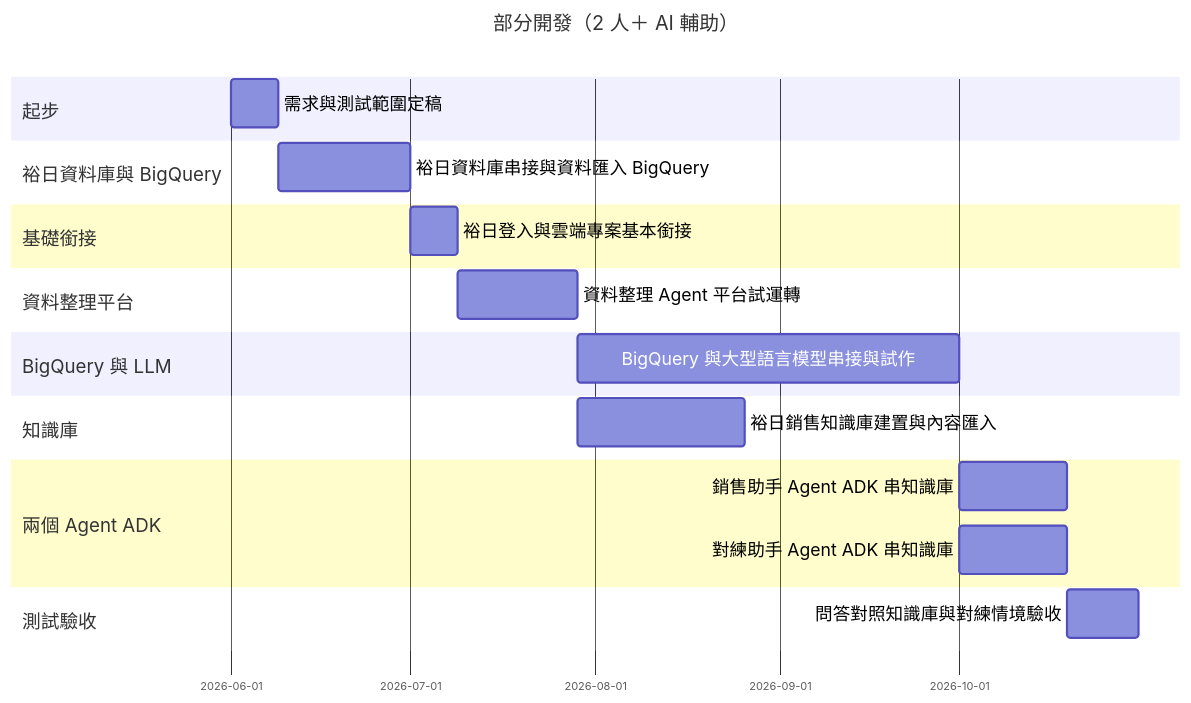
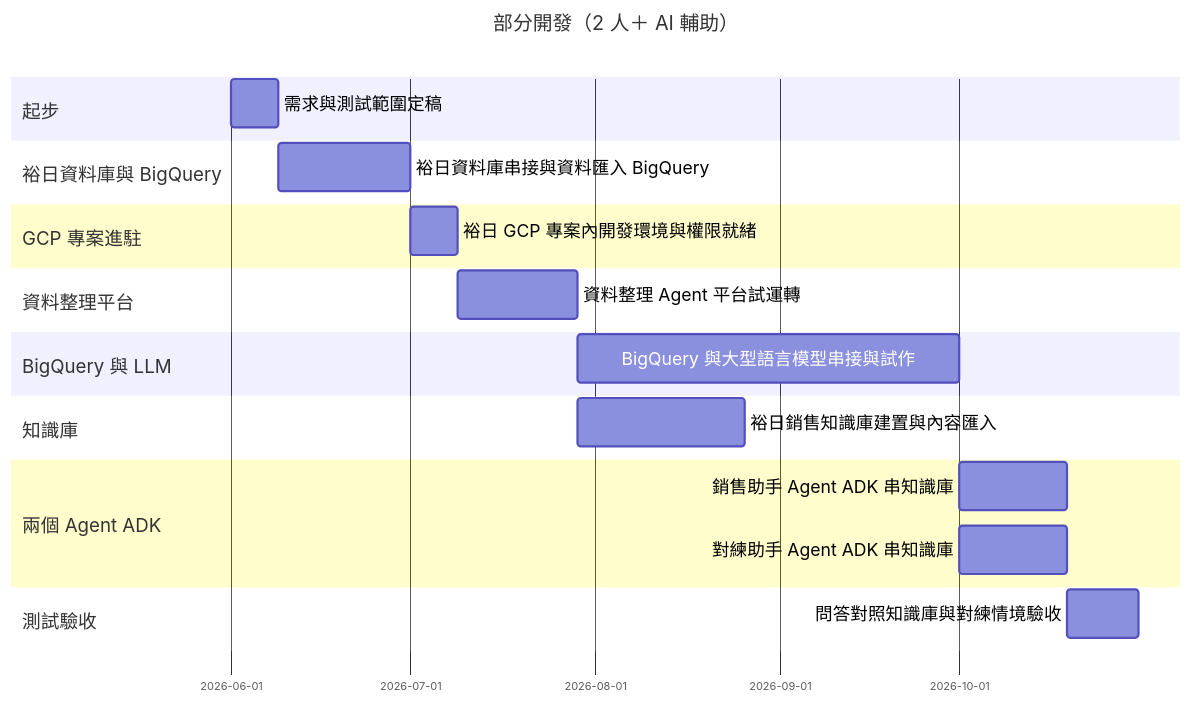
The second of 2 diagrams in PROJECT_SCOPE_SALES_TRAINING.md (humtersiso/YNM_Sales_AI_Coach), drawn with Mermaid before and after one commit. The commit also changed other lines of this file, not shown here.

Commit message:
Scope v0.14: 4.2 改為裕日 GCP 專案內進駐開發

````diff
--- a/PROJECT_SCOPE_SALES_TRAINING.md
+++ b/PROJECT_SCOPE_SALES_TRAINING.md
@@ -160,23 +160,23 @@
 ```mermaid
 %%{init: { "gantt": { "barHeight": 44, "barGap": 14, "fontSize": 16, "sectionFontSize": 17, "topPadding": 70, "leftPadding": 200, "gridLineStartPadding": 50 } } }%%
 gantt
 title 部分開發（2 人＋ AI 輔助）
 dateFormat YYYY-MM-DD
 section 起步
 需求與測試範圍定稿 :v0, 2026-06-01, 8d
 section 裕日資料庫與 BigQuery
 裕日資料庫串接與資料匯入 BigQuery :vdb, after v0, 22d
-section 基礎銜接
-裕日登入與雲端專案基本銜接 :v1, after vdb, 8d
+section GCP 專案進駐
+裕日 GCP 專案內開發環境與權限就緒 :v1, after vdb, 8d
 section 資料整理平台
 資料整理 Agent 平台試運轉 :v2, after v1, 20d
 section BigQuery 與 LLM
 BigQuery 與大型語言模型串接與試作 :vll, after v2, 64d
 section 知識庫
 裕日銷售知識庫建置與內容匯入 :v3, after v2, 28d
 section 兩個 Agent ADK
 銷售助手 Agent ADK 串知識庫 :v4a, after vll v3, 18d
 對練助手 Agent ADK 串知識庫 :v4b, after vll v3, 18d
 section 測試驗收
 問答對照知識庫與對練情境驗收 :v5, after v4a v4b, 12d
 ```
````
